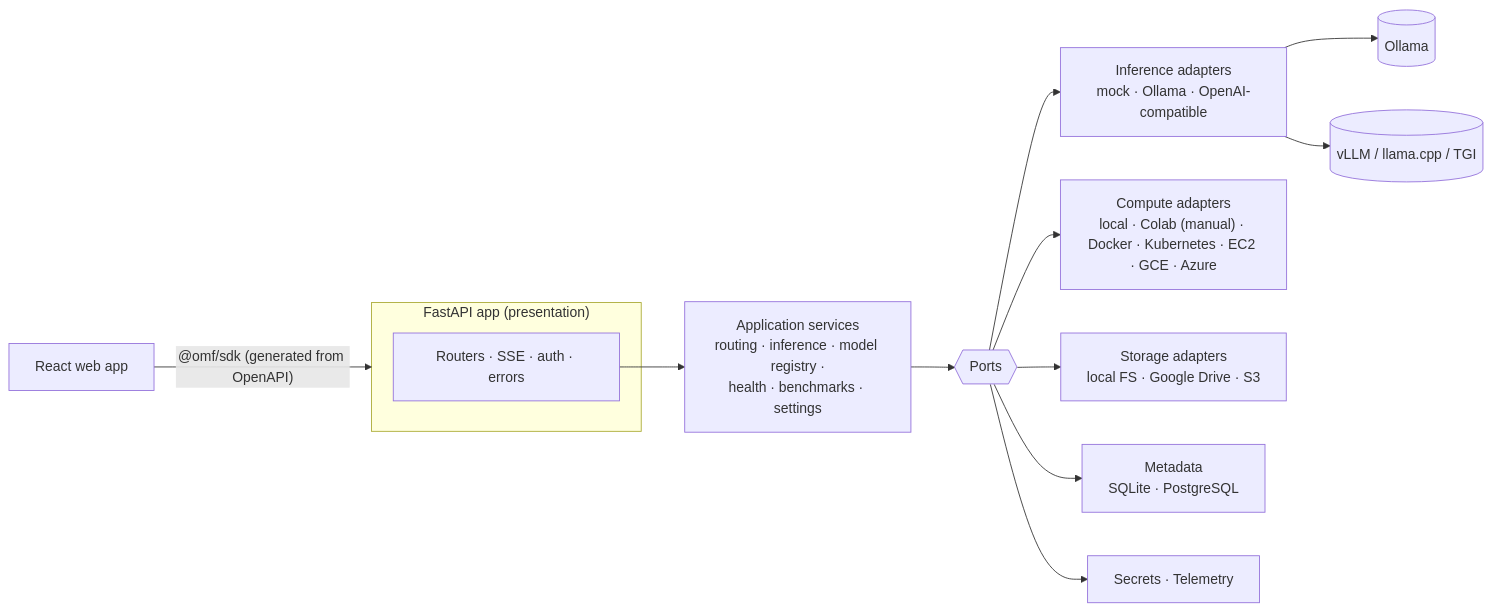
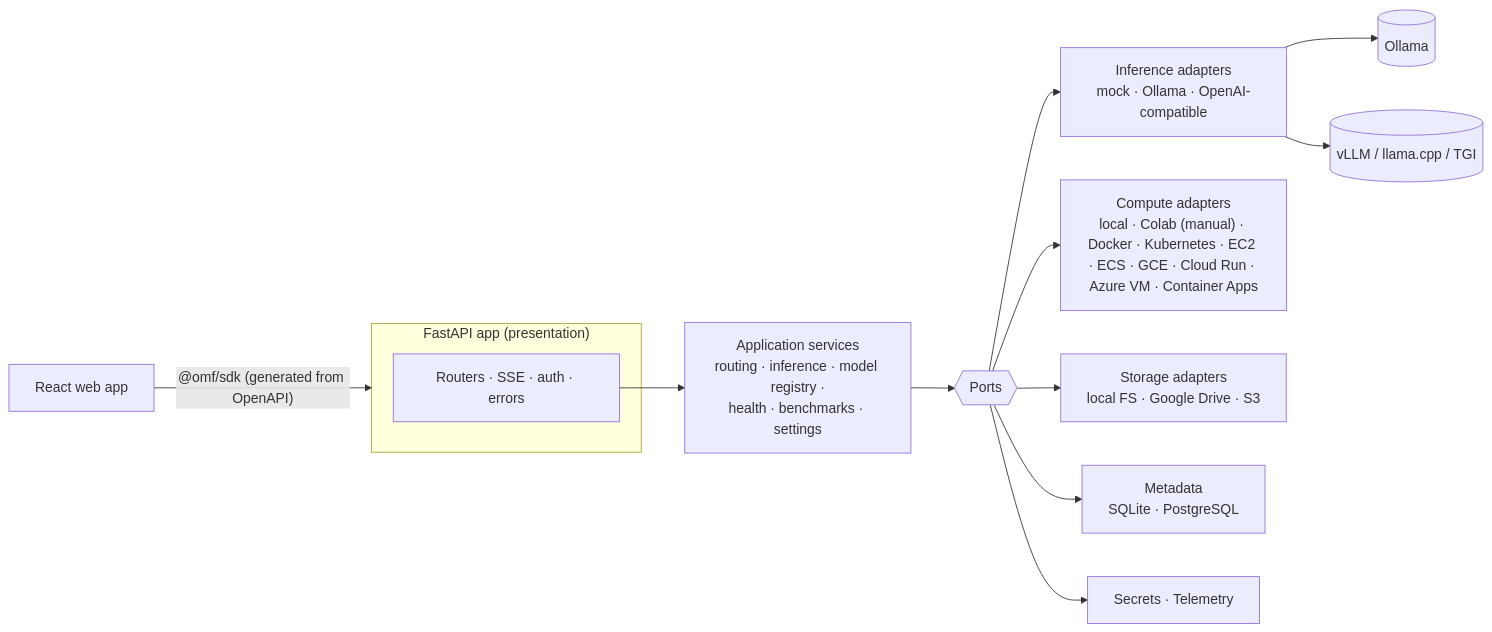
Before and after one commit to findajay/Open-model-fabric: the diagram in README.md, drawn with Mermaid. The commit also changed other lines of this file and 15 other files, not shown here.

````diff
--- a/README.md
+++ b/README.md
@@ -45,15 +45,15 @@
 ```mermaid
 flowchart LR
   UI[React web app] -->|"@omf/sdk (generated from OpenAPI)"| API
   subgraph API["FastAPI app (presentation)"]
     R[Routers · SSE · auth · errors]
   end
   R --> S["Application services<br/>routing · inference · model registry ·<br/>health · benchmarks · settings"]
   S --> P{{Ports}}
   P --> I["Inference adapters<br/>mock · Ollama · OpenAI-compatible"]
-  P --> C["Compute adapters<br/>local · Colab (manual) · Docker · Kubernetes · EC2 · GCE · Azure"]
+  P --> C["Compute adapters<br/>local · Colab (manual) · Docker · Kubernetes · EC2 · ECS · GCE · Cloud Run · Azure VM · Container Apps"]
   P --> St["Storage adapters<br/>local FS · Google Drive · S3"]
   P --> M["Metadata<br/>SQLite · PostgreSQL"]
   P --> X["Secrets · Telemetry"]
   I --> E1[(Ollama)] & E2[(vLLM / llama.cpp / TGI)]
 ```
````
